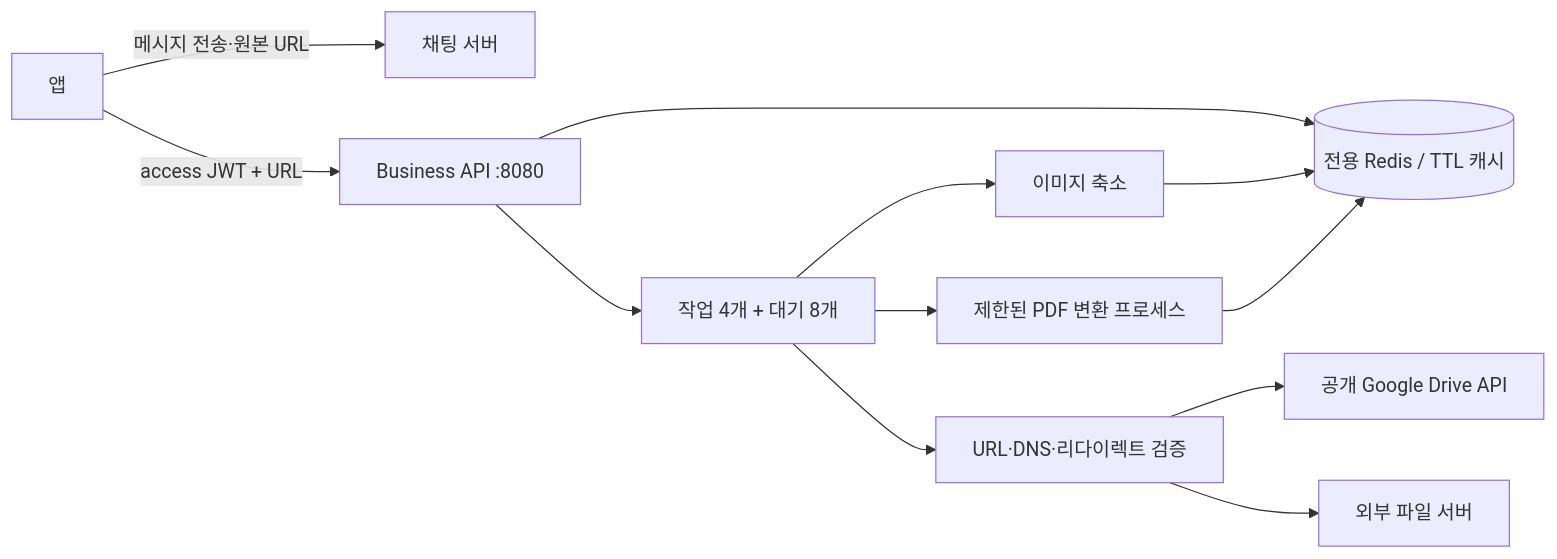
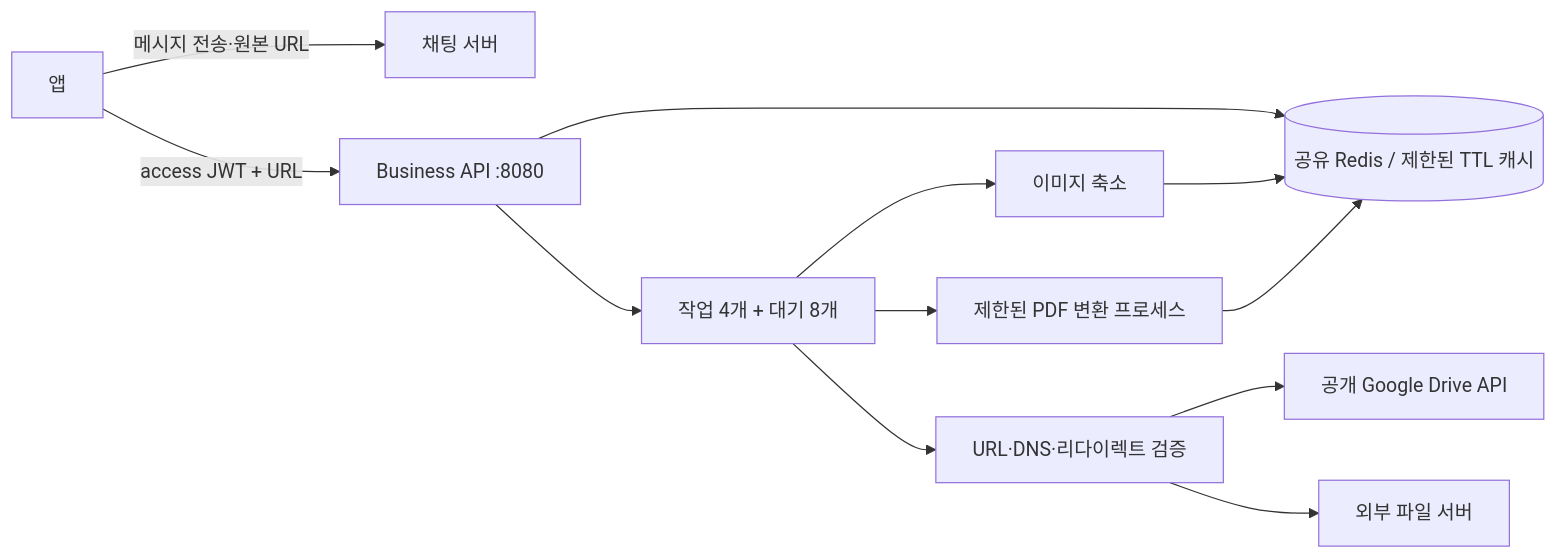
Before and after one commit to OneOrThree/phone: the fifth of 10 diagrams in server/business-api/README.md, drawn with Mermaid. The commit also changed other lines of this file and 37 other files, not shown here.

Commit message:
[REFACTOR] GROMO-2589 Business·Realtime Redis 통합과 차단 정보 보존

````diff
--- a/server/business-api/README.md
+++ b/server/business-api/README.md
@@ -567,14 +568,14 @@
 ```mermaid
 flowchart LR
   App[앱] -->|메시지 전송·원본 URL| Chat[채팅 서버]
   App -->|access JWT + URL| Business[Business API :8080]
-  Business --> Cache[(전용 Redis / TTL 캐시)]
+  Business --> Cache[(공유 Redis / 제한된 TTL 캐시)]
   Business --> Worker[작업 4개 + 대기 8개]
   Worker --> Guard[URL·DNS·리다이렉트 검증]
   Guard --> Drive[공개 Google Drive API]
   Guard --> File[외부 파일 서버]
   Worker --> Image[이미지 축소]
   Worker --> PDF[제한된 PDF 변환 프로세스]
   Image --> Cache
   PDF --> Cache
 ```
````
